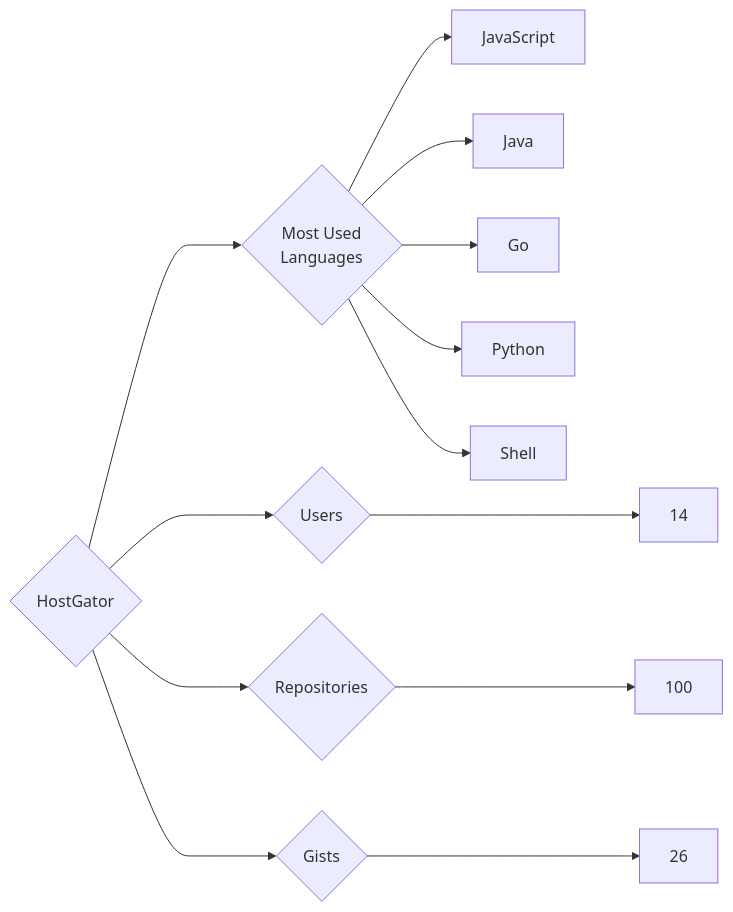
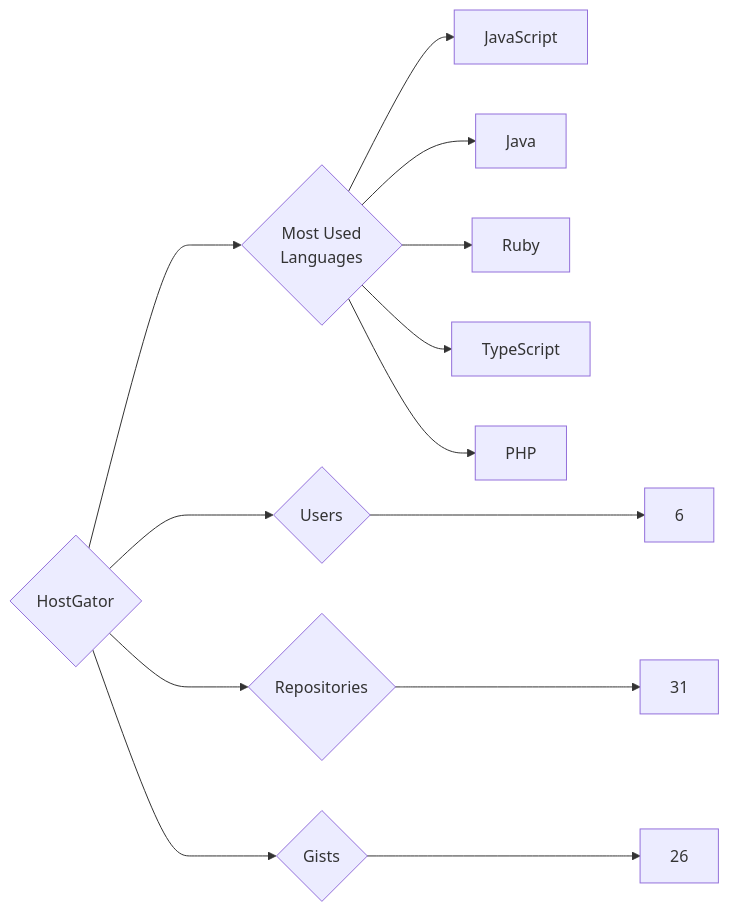
One commit to trickest/insiders changed the diagram in targets/HostGator/README.md. Above: the diagram before and after it, drawn with Mermaid. The commit also changed 1055 other files, not shown here.

````diff
--- a/targets/HostGator/README.md
+++ b/targets/HostGator/README.md
@@ -3,13 +3,13 @@
 ```mermaid
 graph LR
 COMPANY_NAME{HostGator}
-COMPANY_NAME ---> U{Users} ---> UN[14]
-COMPANY_NAME ---> R{Repositories} ---> RN[100]
+COMPANY_NAME ---> U{Users} ---> UN[6]
+COMPANY_NAME ---> R{Repositories} ---> RN[31]
 COMPANY_NAME ---> G{Gists} ---> GN[26]
 COMPANY_NAME ---> ML{Most Used<br>Languages}
 ML --> JavaScript[JavaScript]
 ML --> Java[Java]
-ML --> Go[Go]
-ML --> Python[Python]
-ML --> Shell[Shell]
+ML --> Ruby[Ruby]
+ML --> TypeScript[TypeScript]
+ML --> PHP[PHP]
 ```
````
